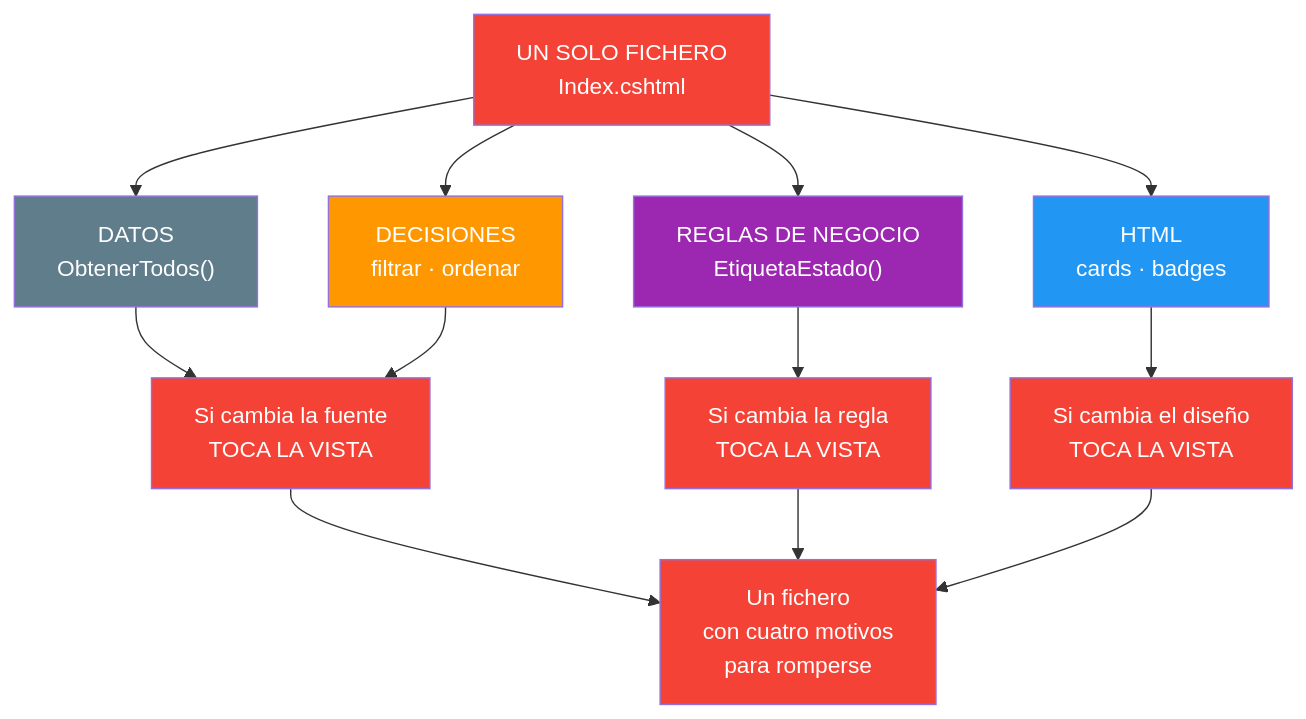
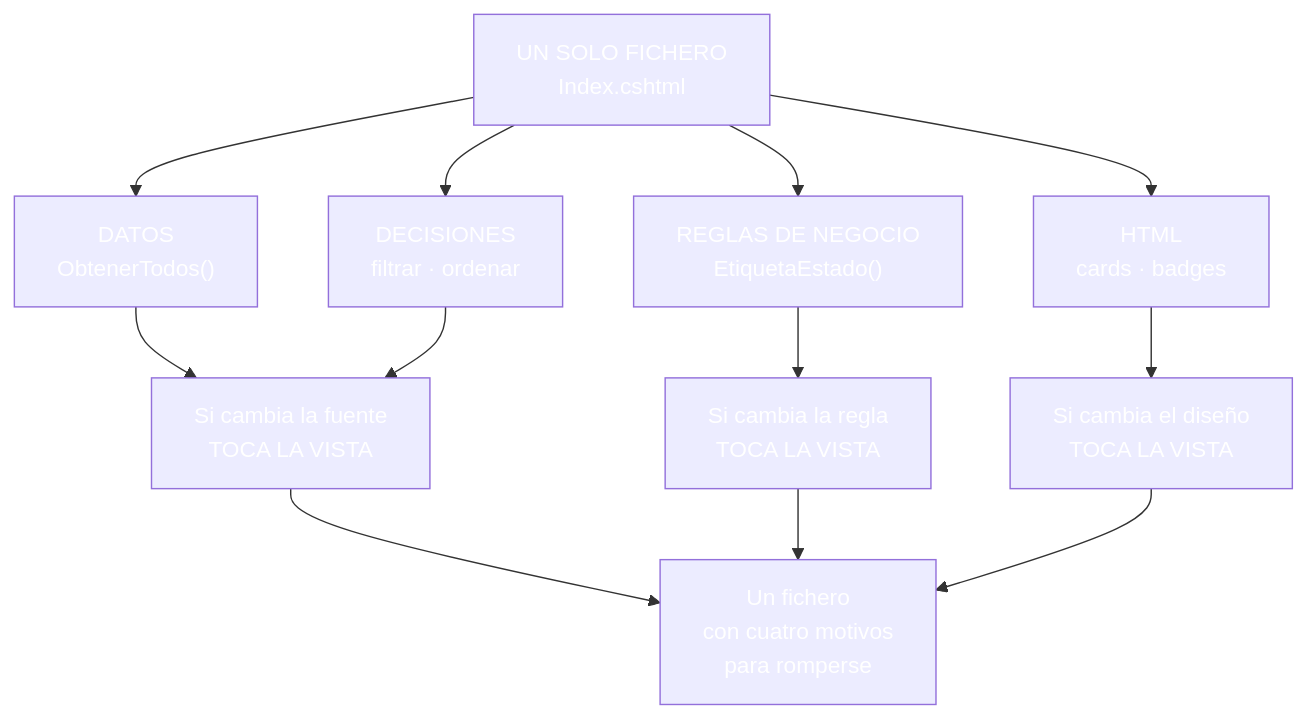
The first of 5 diagrams in 07-mvc-arquitectura.md (joseluisgs/DesarrolloWebEntornosServidor-03-2026-2027), drawn with Mermaid before and after one commit. The commit also changed other lines of this file and 30 other files, not shown here.

````diff
--- a/07-mvc-arquitectura.md
+++ b/07-mvc-arquitectura.md
@@ -85,25 +85,25 @@
 ```mermaid
 graph TD
     A["UN SOLO FICHERO<br/>Index.cshtml"] --> B["DATOS<br/>ObtenerTodos()"]
     A --> C["DECISIONES<br/>filtrar · ordenar"]
     A --> D["REGLAS DE NEGOCIO<br/>EtiquetaEstado()"]
     A --> E["HTML<br/>cards · badges"]
 
     B --> F["Si cambia la fuente<br/>TOCA LA VISTA"]
     C --> F
     D --> G["Si cambia la regla<br/>TOCA LA VISTA"]
     E --> H["Si cambia el diseño<br/>TOCA LA VISTA"]
     F --> I["Un fichero<br/>con cuatro motivos<br/>para romperse"]
     G --> I
     H --> I
 
-    style A fill:#f44336,color:#fff
-    style B fill:#607D8B,color:#fff
-    style C fill:#FF9800,color:#fff
-    style D fill:#9C27B0,color:#fff
-    style E fill:#2196F3,color:#fff
-    style F fill:#f44336,color:#fff
-    style G fill:#f44336,color:#fff
-    style H fill:#f44336,color:#fff
-    style I fill:#f44336,color:#fff
+    style A fill:#f4433,color:#fff6,color:#fff
+    style B fill:#607D8,color:#fffB,color:#fff
+    style C fill:#FF980,color:#fff0,color:#fff
+    style D fill:#9C27B,color:#fff0,color:#fff
+    style E fill:#2196F,color:#fff3,color:#fff
+    style F fill:#f4433,color:#fff6,color:#fff
+    style G fill:#f4433,color:#fff6,color:#fff
+    style H fill:#f4433,color:#fff6,color:#fff
+    style I fill:#f4433,color:#fff6,color:#fff
 ```
````
